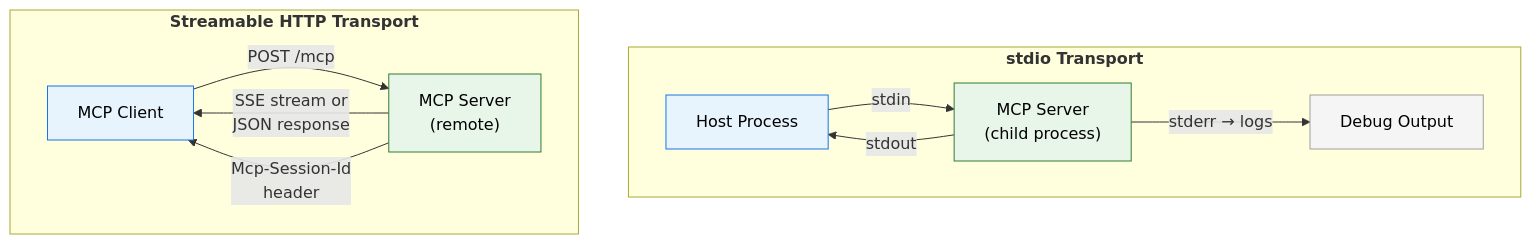
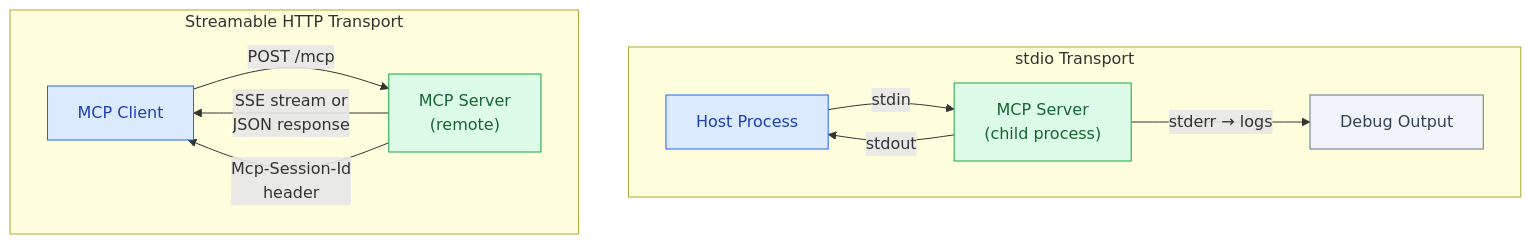
One commit to raj-champion-trader/rajchampaneriya.github.io changed the fourth of 6 diagrams in hugo-site/content/blog/2026/01/3.mcp-deep-dive.md. Above: the diagram before and after it, drawn with Mermaid. The commit also changed other lines of this file and 5 other files, not shown here.

First line of the commit message:
Enhance Mermaid Diagrams with Semantic Color Classes and Dark Mode Support

````diff
--- a/hugo-site/content/blog/2026/01/3.mcp-deep-dive.md
+++ b/hugo-site/content/blog/2026/01/3.mcp-deep-dive.md
@@ -191,22 +181,20 @@
 ```mermaid
 graph TB
-    subgraph STDIO_Transport["<b>stdio Transport</b>"]
+    classDef primary fill:#dbeafe,stroke:#2563eb,color:#1e40af
+    classDef secondary fill:#dcfce7,stroke:#16a34a,color:#166534
+    classDef neutral fill:#f1f5f9,stroke:#64748b,color:#334155
+
+    subgraph STDIO_Transport["stdio Transport"]
         direction LR
-        P1["Host Process"] -->|"stdin"| P2["MCP Server<br/>(child process)"]
+        P1["Host Process"]:::primary -->|"stdin"| P2["MCP Server<br/>(child process)"]:::secondary
         P2 -->|"stdout"| P1
-        P2 -->|"stderr → logs"| Log1["Debug Output"]
+        P2 -->|"stderr → logs"| Log1["Debug Output"]:::neutral
     end
 
-    subgraph HTTP_Transport["<b>Streamable HTTP Transport</b>"]
+    subgraph HTTP_Transport["Streamable HTTP Transport"]
         direction LR
-        C1["MCP Client"] -->|"POST /mcp"| S1["MCP Server<br/>(remote)"]
+        C1["MCP Client"]:::primary -->|"POST /mcp"| S1["MCP Server<br/>(remote)"]:::secondary
         S1 -->|"SSE stream or<br/>JSON response"| C1
         S1 -->|"Mcp-Session-Id<br/>header"| C1
     end
-
-    style P1 fill:#e8f4fd,stroke:#1a73e8,color:#000
-    style P2 fill:#e8f5e9,stroke:#2e7d32,color:#000
-    style Log1 fill:#f5f5f5,stroke:#9e9e9e,color:#000
-    style C1 fill:#e8f4fd,stroke:#1a73e8,color:#000
-    style S1 fill:#e8f5e9,stroke:#2e7d32,color:#000
 ```
````
